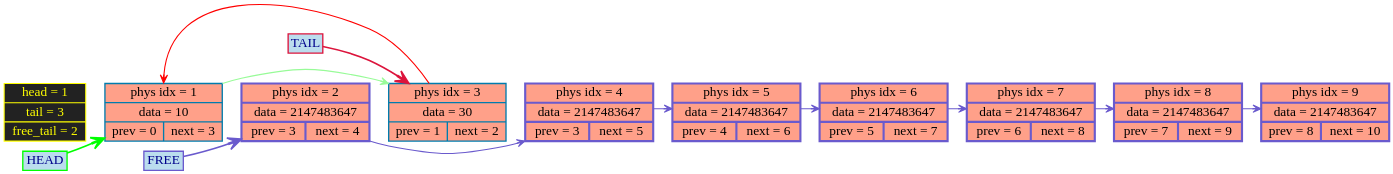
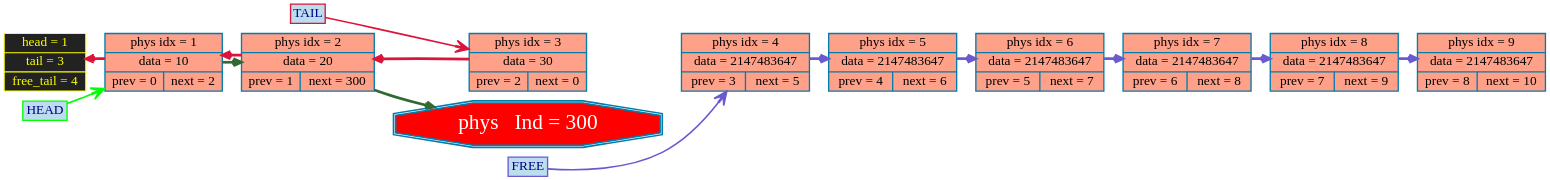
One commit to timoko3/list changed the diagram in graphDumps/graphDump.dot. Above: the diagram before and after it, drawn with Graphviz. The commit also changed 17 other files, not shown here.

```diff
--- a/graphDumps/graphDump.dot
+++ b/graphDumps/graphDump.dot
@@ -1,38 +1,37 @@
 digraph G {
 rankdir=LR
 bgcolor="transparent"
 	node [shape=record, style="filled", fillcolor="#FFA089", fontcolor="black", color="#007CAD", penwidth=2.5, fontname="Tahoma", fontsize=25];
 
 edge [color="#2d714f", arrowsize=1, penwidth=5, arrowhead="vee", style="bold"];
-node0 [label="head = 1 | tail = 3 | free_tail = 2", shape=record, style="filled", fillcolor="#222222", fontcolor="yellow", color="yellow", penwidth=2];
-	node1 [label="phys idx = 1 | data = 10 | {prev = 0 | next = 3} "];
-	node2 [label="phys idx = 2 | data = 2147483647 | {prev = 3 | next = 4} "];
-	node3 [label="phys idx = 3 | data = 30 | {prev = 1 | next = 2} "];
+node0 [label="head = 1 | tail = 3 | free_tail = 4", shape=record, style="filled", fillcolor="#222222", fontcolor="yellow", color="yellow", penwidth=2];
+	node1 [label="phys idx = 1 | data = 10 | {prev = 0 | next = 2} "];
+	node2 [label="phys idx = 2 | data = 20 | {prev = 1 | next = 300} "];
+	node3 [label="phys idx = 3 | data = 30 | {prev = 2 | next = 0} "];
 	node4 [label="phys idx = 4 | data = 2147483647 | {prev = 3 | next = 5} "];
 	node5 [label="phys idx = 5 | data = 2147483647 | {prev = 4 | next = 6} "];
 	node6 [label="phys idx = 6 | data = 2147483647 | {prev = 5 | next = 7} "];
 	node7 [label="phys idx = 7 | data = 2147483647 | {prev = 6 | next = 8} "];
 	node8 [label="phys idx = 8 | data = 2147483647 | {prev = 7 | next = 9} "];
 	node9 [label="phys idx = 9 | data = 2147483647 | {prev = 8 | next = 10} "];
 
 head_label      [shape=box, label="HEAD", style="filled", fillcolor="#BBDDEE", color="lime", fontcolor="darkblue"];
 tail_label      [shape=box, label="TAIL", style="filled", fillcolor="#BBDDEE", color="#DC143C",   fontcolor="darkblue"];
 free_head_label [shape=box, label="FREE", style="filled", fillcolor="#BBDDEE", color="#6A5ACD",   fontcolor="darkblue"];
 head_label      -> node1 [color="lime", arrowsize=2.5, penwidth=3];
 tail_label      -> node3 [color="#DC143C"  , arrowsize=2.5, penwidth=3];
-free_head_label -> node2 [color="#6A5ACD"  , arrowsize=2.5, penwidth=3];
+free_head_label -> node4 [color="#6A5ACD"  , arrowsize=2.5, penwidth=3];
 node0 -> node1[style=invis, weight = 100000]	node1 -> node2 -> node3 -> node4 -> node5 -> node6 -> node7 -> node8 -> node9[style=invis, weight=1000000];
-	node1 -> node3[color="#98FB98", arrowsize=1.5, penwidth=2, weight=100000];
-
-	node2 -> node4 -> node5 -> node6 -> node7 -> node8 -> node9[color="#6A5ACD", arrowsize=1.5, penwidth=2, weight=100000];
-
-	node2[color = "#6A5ACD", penwidth=4];
-	node4[color = "#6A5ACD", penwidth=4];
-	node5[color = "#6A5ACD", penwidth=4];
-	node6[color = "#6A5ACD", penwidth=4];
-	node7[color = "#6A5ACD", penwidth=4];
-	node8[color = "#6A5ACD", penwidth=4];
-	node9[color = "#6A5ACD", penwidth=4];
-node3 -> node1[color="red", arrowsize=1.5, penwidth=2, weight=100000, headport=n];
+	node300 [label="phys   Ind = 300", shape=doubleoctagon, fillcolor = "red", fontcolor="white", color="#007CAD", penwidth=3, fontname="Tahoma Bold", fontsize=40];
+	node1 -> node2[color="#326932ff", arrowsize=1.5, penwidth=5, weight=1000];
+node2 -> node300[color="#326932ff", arrowsize=1.5, penwidth=5, weight=1000];
+node4 -> node5[color="#6A5ACD", arrowsize=1.5, penwidth=5, weight=1000];
+node5 -> node6[color="#6A5ACD", arrowsize=1.5, penwidth=5, weight=1000];
+node6 -> node7[color="#6A5ACD", arrowsize=1.5, penwidth=5, weight=1000];
+node7 -> node8[color="#6A5ACD", arrowsize=1.5, penwidth=5, weight=1000];
+node8 -> node9[color="#6A5ACD", arrowsize=1.5, penwidth=5, weight=1000];
+node3 -> node2[color="#DC143C", arrowsize=1.5, penwidth=5, weight=1000];
+node2 -> node1[color="#DC143C", arrowsize=1.5, penwidth=5, weight=1000];
+node1 -> node0[color="#DC143C", arrowsize=1.5, penwidth=5, weight=1000];
 
 }
```
